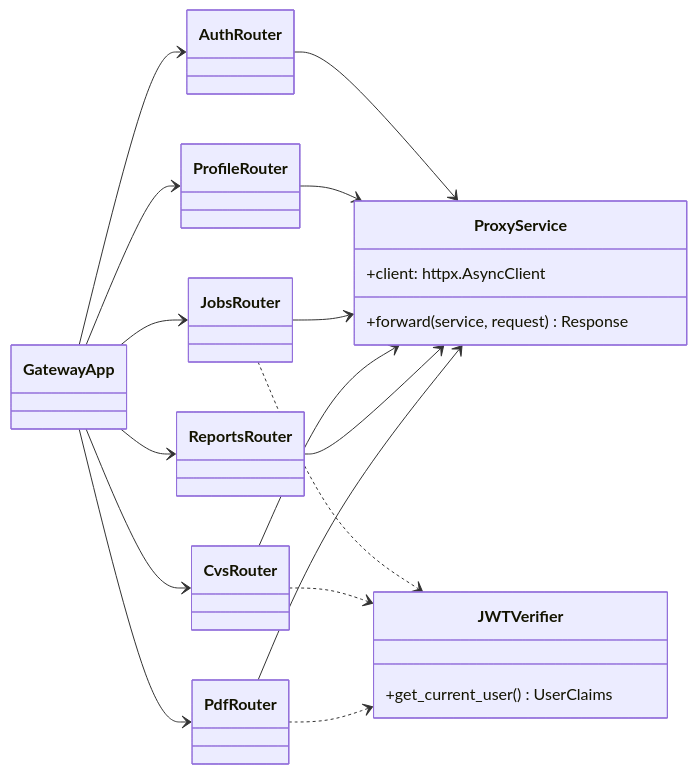
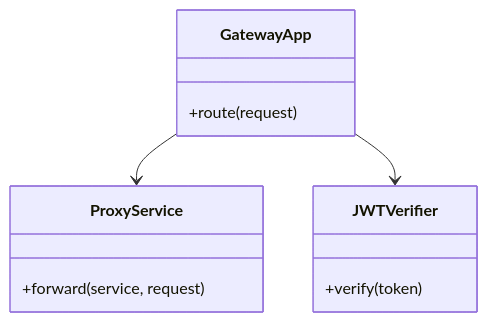
One commit to Tooltu-deve/Autonomous-Career-Agent changed the second of 9 diagrams in docs/CLASS_DIAGRAM.md. Above: the diagram before and after it, drawn with Mermaid. The commit also changed other lines of this file, not shown here.

Commit message:
docs: simplify class diagrams to core classes per component

````diff
--- a/docs/CLASS_DIAGRAM.md
+++ b/docs/CLASS_DIAGRAM.md
@@ -94,34 +66,14 @@
 ```mermaid
 classDiagram
-    direction LR
-    class GatewayApp
-    class JWTVerifier {
-        +get_current_user() UserClaims
+    class GatewayApp {
+        +route(request)
     }
     class ProxyService {
-        +client: httpx.AsyncClient
-        +forward(service, request) Response
+        +forward(service, request)
     }
-    class AuthRouter
-    class ProfileRouter
-    class JobsRouter
-    class CvsRouter
-    class ReportsRouter
-    class PdfRouter
-
-    GatewayApp --> AuthRouter
-    GatewayApp --> ProfileRouter
-    GatewayApp --> JobsRouter
-    GatewayApp --> CvsRouter
-    GatewayApp --> ReportsRouter
-    GatewayApp --> PdfRouter
-    AuthRouter --> ProxyService
-    ProfileRouter --> ProxyService
-    JobsRouter --> ProxyService
-    CvsRouter --> ProxyService
-    ReportsRouter --> ProxyService
-    PdfRouter --> ProxyService
-    JobsRouter ..> JWTVerifier
-    CvsRouter ..> JWTVerifier
-    PdfRouter ..> JWTVerifier
+    class JWTVerifier {
+        +verify(token)
+    }
+    GatewayApp --> ProxyService
+    GatewayApp --> JWTVerifier
 ```
````
